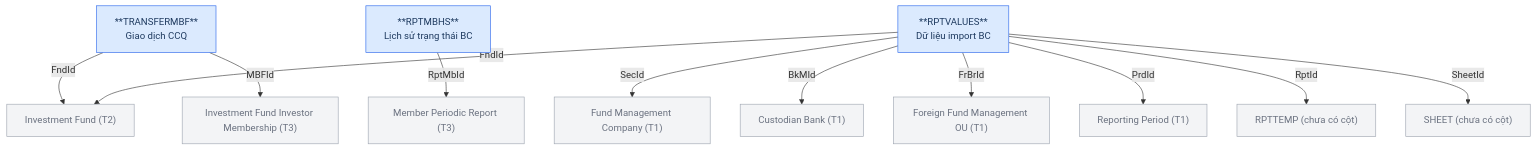
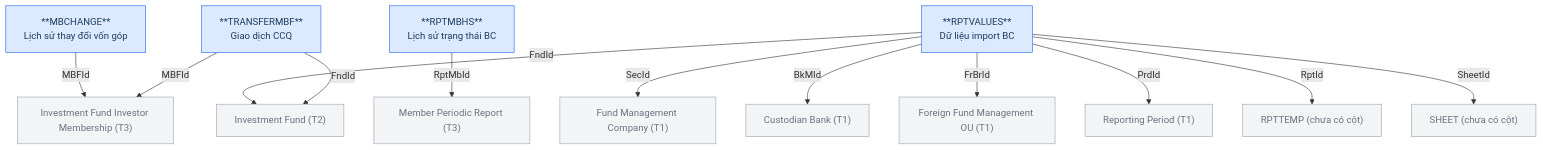
One commit to linhlvit/ubck_atomic_design changed the eighth of 9 diagrams in Silver/hld/FMS_HLD_Tier4.md. Above: the diagram before and after it, drawn with Mermaid. The commit also changed other lines of this file and 57 other files, not shown here.

````diff
--- a/Silver/hld/FMS_HLD_Tier4.md
+++ b/Silver/hld/FMS_HLD_Tier4.md
@@ -161,30 +204,32 @@
 ```mermaid
 graph TD
     classDef src fill:#dbeafe,stroke:#2563eb,color:#1e3a5f
     classDef ref fill:#f3f4f6,stroke:#9ca3af,color:#6b7280
 
     SECURITIES["Fund Management Company (T1)"]:::ref
     FORBRCH["Foreign Fund Management OU (T1)"]:::ref
     BANKMONI["Custodian Bank (T1)"]:::ref
     RPTPERIOD["Reporting Period (T1)"]:::ref
     FUNDS["Investment Fund (T2)"]:::ref
     MBFUND["Investment Fund Investor Membership (T3)"]:::ref
     RPTMEMBER["Member Periodic Report (T3)"]:::ref
     RPTTEMP["RPTTEMP (chưa có cột)"]:::ref
     SHEET["SHEET (chưa có cột)"]:::ref
 
     TRANSFERMBF["**TRANSFERMBF**\nGiao dịch CCQ"]:::src
     RPTMBHS["**RPTMBHS**\nLịch sử trạng thái BC"]:::src
     RPTVALUES["**RPTVALUES**\nDữ liệu import BC"]:::src
+    MBCHANGE["**MBCHANGE**\nLịch sử thay đổi vốn góp"]:::src
 
     TRANSFERMBF -->|FndId| FUNDS
     TRANSFERMBF -->|MBFId| MBFUND
     RPTMBHS -->|RptMbId| RPTMEMBER
+    MBCHANGE -->|MBFId| MBFUND
     RPTVALUES -->|SecId| SECURITIES
     RPTVALUES -->|FndId| FUNDS
     RPTVALUES -->|BkMId| BANKMONI
     RPTVALUES -->|FrBrId| FORBRCH
     RPTVALUES -->|PrdId| RPTPERIOD
     RPTVALUES -->|RptId| RPTTEMP
     RPTVALUES -->|SheetId| SHEET
 ```
````
